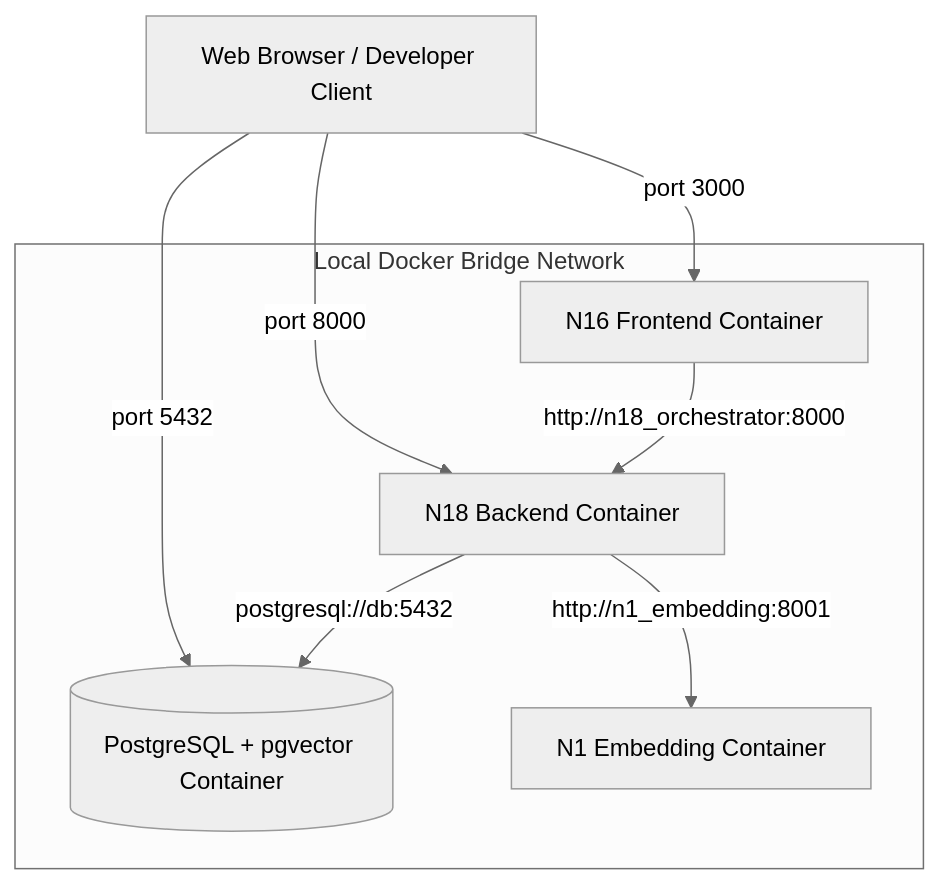
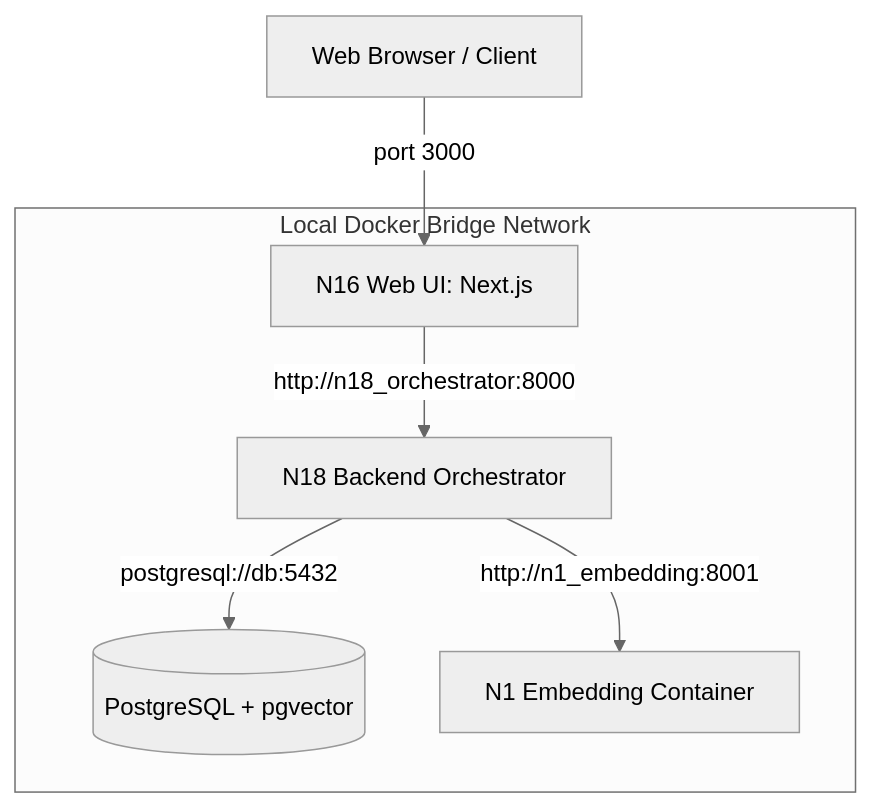
One commit to ltk6/travel-exp-planner-rfl changed the diagram in README.md. Above: the diagram before and after it, drawn with Mermaid (neutral theme).

Commit message:
docs(phase1): correct browser access path in container network diagram

````diff
--- a/README.md
+++ b/README.md
@@ -49,12 +49,10 @@
 ```mermaid
 graph TD
-    Client[Web Browser / Developer Client] -->|port 3000| N16[N16 Frontend Container]
-    Client -->|port 8000| N18[N18 Backend Container]
-    Client -->|port 5432| DB[(PostgreSQL + pgvector Container)]
+    Browser[Web Browser / Client] -->|port 3000| N16[N16 Web UI: Next.js]
     
     subgraph Local Docker Bridge Network
-        N16 -->|http://n18_orchestrator:8000| N18
-        N18 -->|postgresql://db:5432| DB
+        N16 -->|http://n18_orchestrator:8000| N18[N18 Backend Orchestrator]
+        N18 -->|postgresql://db:5432| DB[(PostgreSQL + pgvector)]
         N18 -->|http://n1_embedding:8001| N1[N1 Embedding Container]
     end
 ```
````
